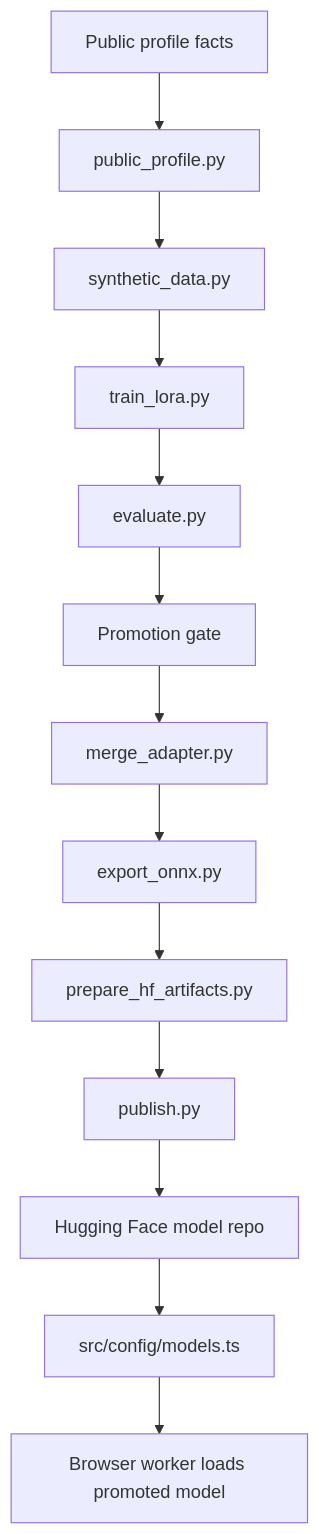
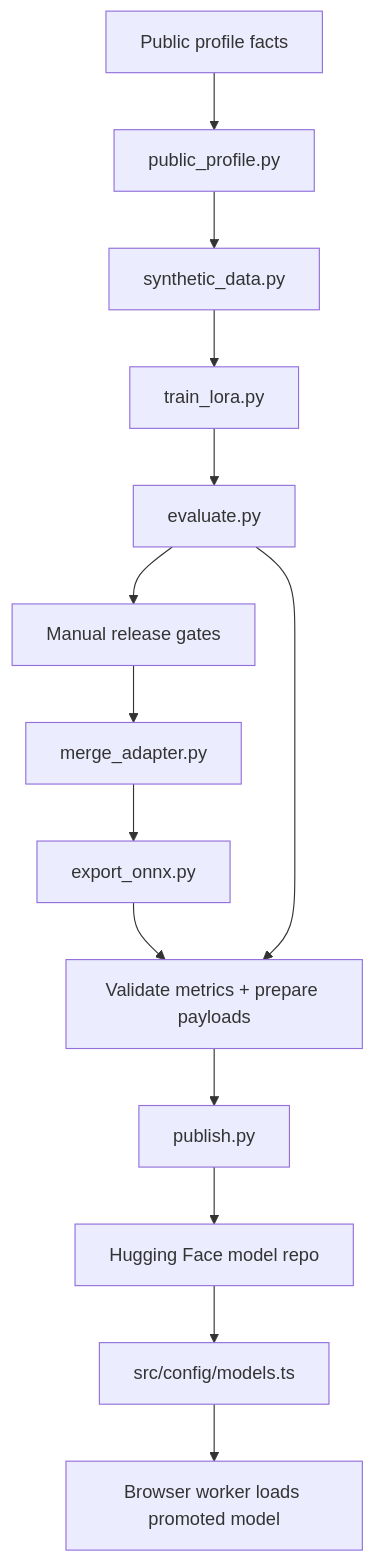
The fourth of 4 diagrams in docs/DIAGRAMS.md (justinthelaw/justinthelaw), drawn with Mermaid before and after one commit. The commit also changed other lines of this file and 3 other files, not shown here.

Commit message:
enforce profile QA promotion metrics

````diff
--- a/docs/DIAGRAMS.md
+++ b/docs/DIAGRAMS.md
@@ -100,15 +100,16 @@
 ```mermaid
 flowchart TD
   facts["Public profile facts"] --> pyProfile["public_profile.py"]
   pyProfile --> data["synthetic_data.py"]
   data --> train["train_lora.py"]
   train --> eval["evaluate.py"]
-  eval --> gate["Promotion gate"]
-  gate --> merge["merge_adapter.py"]
+  eval --> manualGate["Manual release gates"]
+  manualGate --> merge["merge_adapter.py"]
   merge --> export["export_onnx.py"]
-  export --> artifacts["prepare_hf_artifacts.py"]
+  export --> artifacts["Validate metrics + prepare payloads"]
+  eval --> artifacts
   artifacts --> publish["publish.py"]
   publish --> hfRepo["Hugging Face model repo"]
   hfRepo --> modelConfig["src/config/models.ts"]
   modelConfig --> browser["Browser worker loads promoted model"]
 ```
````
